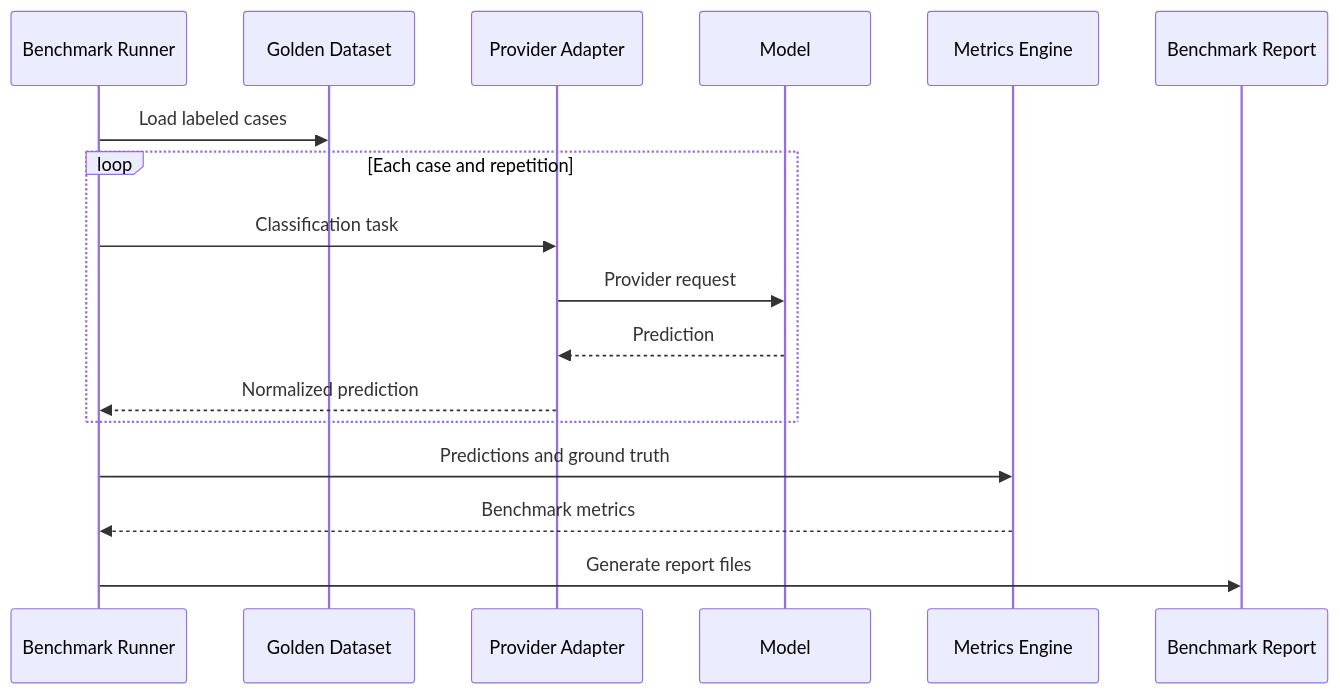
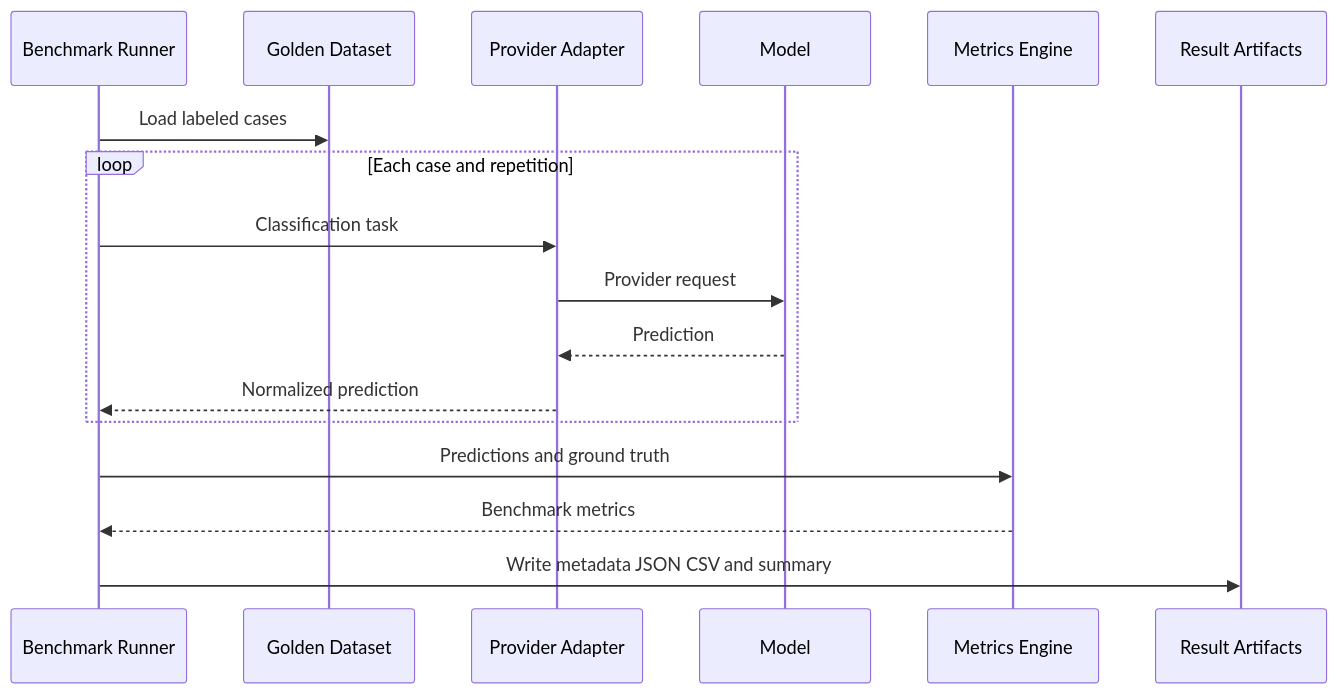
One commit to renanlalier/jev-benchmark changed the second of 2 diagrams in README.md. Above: the diagram before and after it, drawn with Mermaid. The commit also changed other lines of this file and 14 other files, not shown here.

````diff
--- a/README.md
+++ b/README.md
@@ -120,20 +115,20 @@
 ```mermaid
 sequenceDiagram
     participant Runner as Benchmark Runner
     participant Dataset as Golden Dataset
     participant Adapter as Provider Adapter
     participant Model as Model
     participant Metrics as Metrics Engine
-    participant Report as Benchmark Report
+    participant Artifacts as Result Artifacts
 
     Runner->>Dataset: Load labeled cases
     loop Each case and repetition
         Runner->>Adapter: Classification task
         Adapter->>Model: Provider request
         Model-->>Adapter: Prediction
         Adapter-->>Runner: Normalized prediction
     end
     Runner->>Metrics: Predictions and ground truth
     Metrics-->>Runner: Benchmark metrics
-    Runner->>Report: Generate report files
+    Runner->>Artifacts: Write metadata JSON CSV and summary
 ```
````
